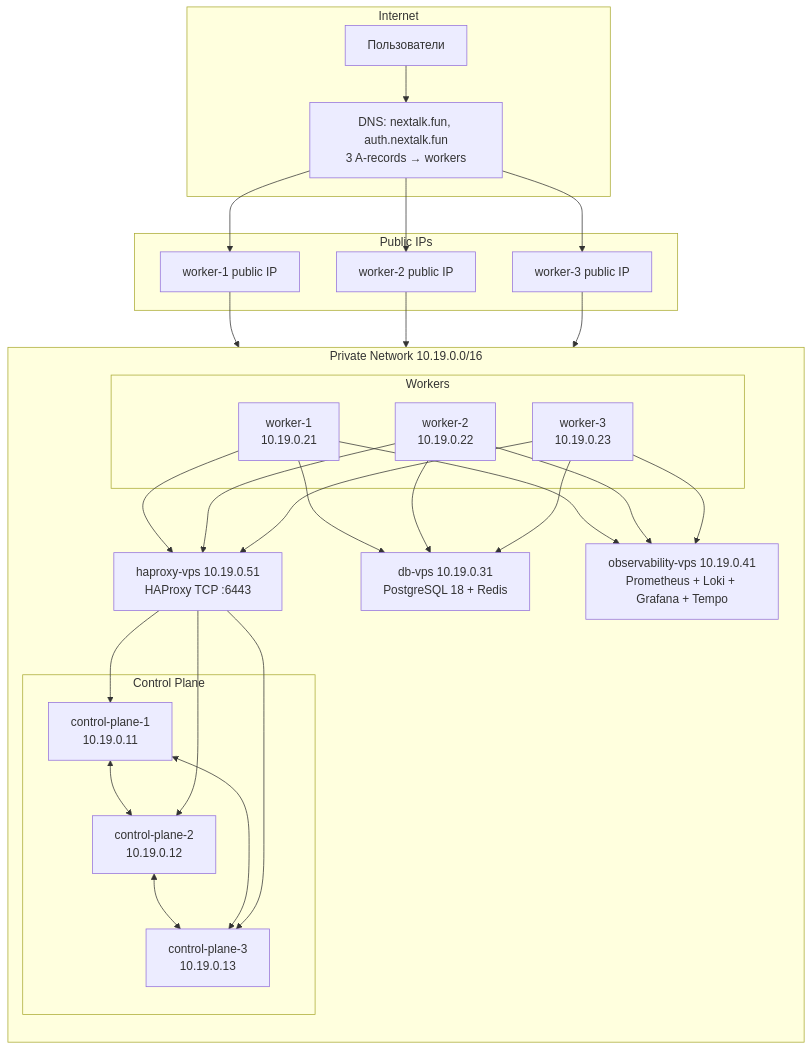
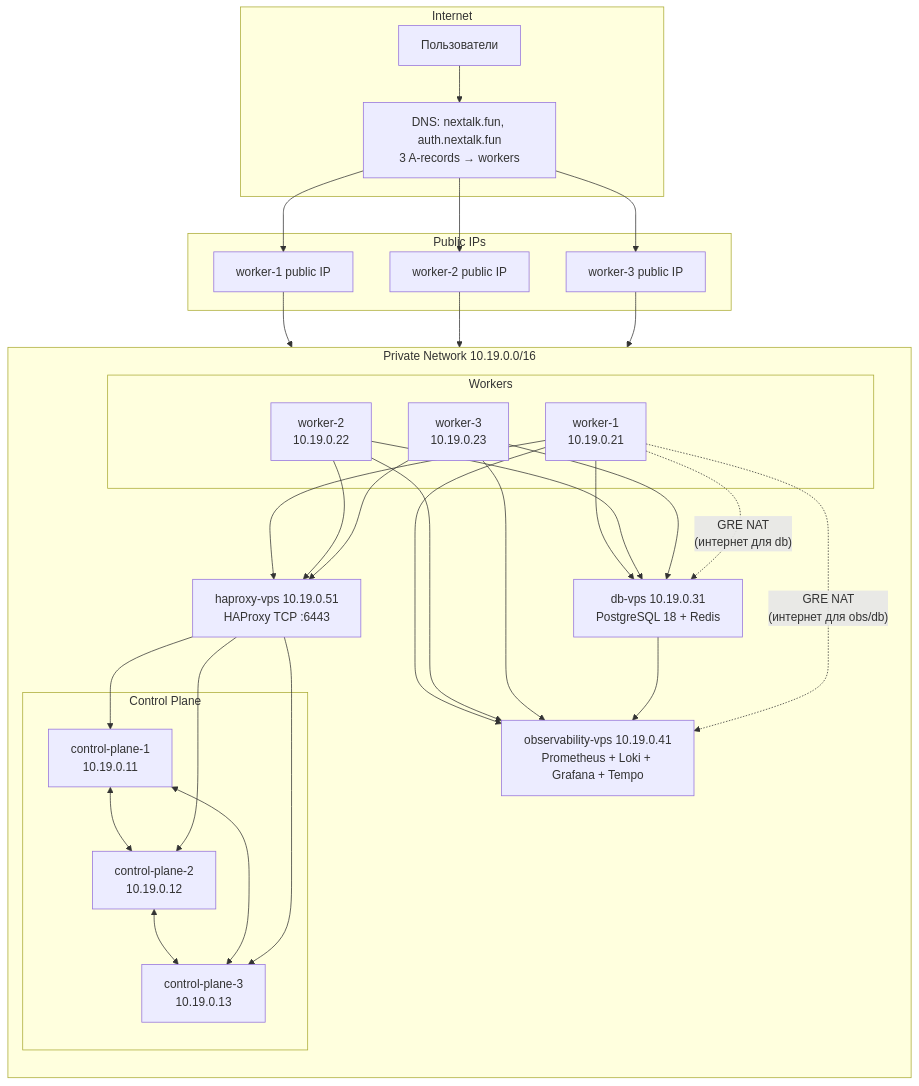
One commit to nextalkhub/NexTalk changed the diagram in docs/deployment.md. Above: the diagram before and after it, drawn with Mermaid.

Commit message:
docs: добавить db-vps→OBS и GRE NAT туннели в mermaid-топологию

````diff
--- a/docs/deployment.md
+++ b/docs/deployment.md
@@ -59,58 +59,61 @@
 ```mermaid
 graph TB
     subgraph "Internet"
         U[Пользователи]
         DNS["DNS: nextalk.fun, auth.nextalk.fun<br/>3 A-records → workers"]
     end
 
     subgraph "Public IPs"
         W1Pub["worker-1 public IP"]
         W2Pub["worker-2 public IP"]
         W3Pub["worker-3 public IP"]
     end
 
     subgraph "Private Network 10.19.0.0/16"
         direction TB
 
         LB["haproxy-vps 10.19.0.51<br/>HAProxy TCP :6443"]
 
         subgraph "Control Plane"
             M1["control-plane-1<br/>10.19.0.11"]
             M2["control-plane-2<br/>10.19.0.12"]
             M3["control-plane-3<br/>10.19.0.13"]
             M1 <--> M2
             M2 <--> M3
             M1 <--> M3
         end
 
         subgraph "Workers"
             W1["worker-1<br/>10.19.0.21"]
             W2["worker-2<br/>10.19.0.22"]
             W3["worker-3<br/>10.19.0.23"]
         end
 
         DB["db-vps 10.19.0.31<br/>PostgreSQL 18 + Redis"]
         OBS["observability-vps 10.19.0.41<br/>Prometheus + Loki + Grafana + Tempo"]
 
         LB --> M1
         LB --> M2
         LB --> M3
         W1 --> LB
         W2 --> LB
         W3 --> LB
         W1 --> DB
         W2 --> DB
         W3 --> DB
         W1 --> OBS
         W2 --> OBS
         W3 --> OBS
+        DB --> OBS
+        W1 -. "GRE NAT\n(интернет для obs/db)" .-> OBS
+        W1 -. "GRE NAT\n(интернет для db)" .-> DB
     end
 
     U --> DNS
     DNS --> W1Pub
     DNS --> W2Pub
     DNS --> W3Pub
     W1Pub --> W1
     W2Pub --> W2
     W3Pub --> W3
 ```
````
